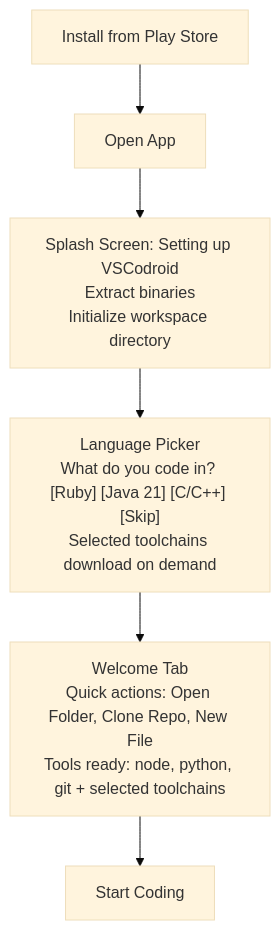
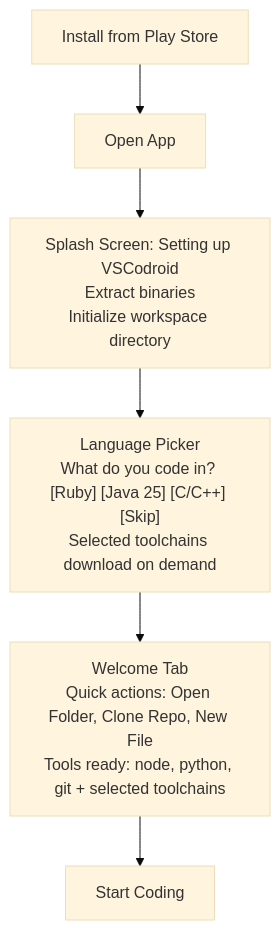
One commit to rmyndharis/VSCodroid changed the first of 3 diagrams in docs/01-PRD.md. Above: the diagram before and after it, drawn with Mermaid (base theme). The commit also changed other lines of this file and 79 other files, not shown here.

````diff
--- a/docs/01-PRD.md
+++ b/docs/01-PRD.md
@@ -157,8 +157,8 @@
 ```mermaid
 flowchart TD
   A["Install from Play Store"] --> B["Open App"]
   B --> C["Splash Screen: Setting up VSCodroid<br/>Extract binaries<br/>Initialize workspace directory"]
-  C --> D["Language Picker<br/>What do you code in? [Ruby] [Java 21] [C/C++] [Skip]<br/>Selected toolchains download on demand"]
+  C --> D["Language Picker<br/>What do you code in? [Ruby] [Java 25] [C/C++] [Skip]<br/>Selected toolchains download on demand"]
   D --> E["Welcome Tab<br/>Quick actions: Open Folder, Clone Repo, New File<br/>Tools ready: node, python, git + selected toolchains"]
   E --> F["Start Coding"]
 ```
````
